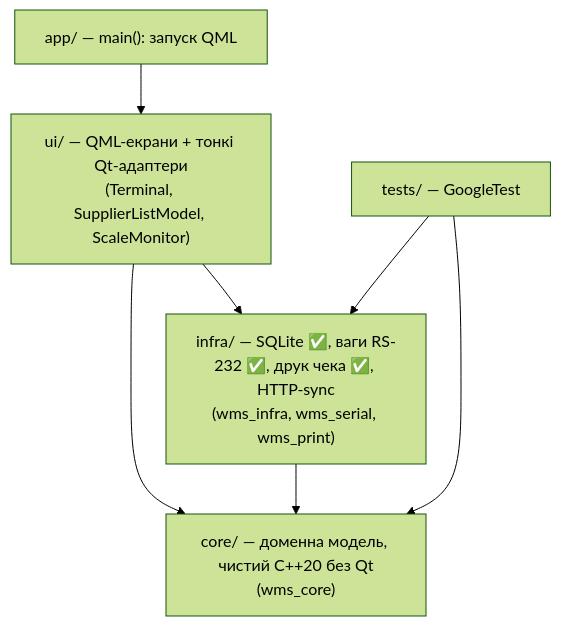
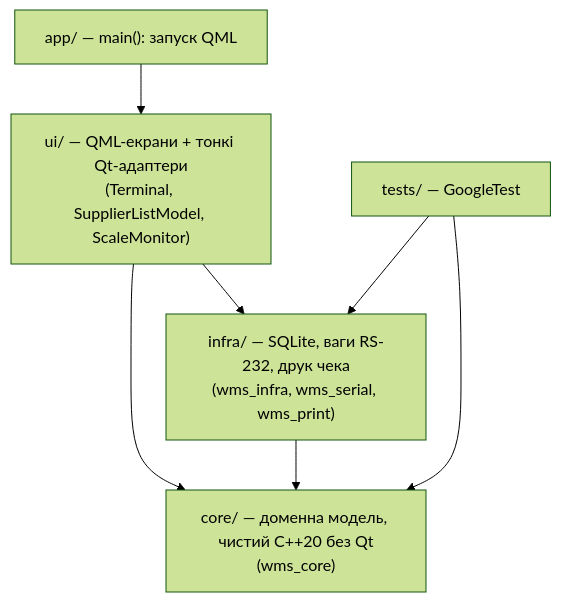
The diagram in README.md (IsNazarii/Berry-WMS-Terminal), drawn with Mermaid (forest theme) before and after one commit. The commit also changed other lines of this file and 14 other files, not shown here.

````diff
--- a/README.md
+++ b/README.md
@@ -133,14 +204,14 @@
 ```mermaid
 flowchart TD
+    APP["app/ — main(): запуск QML"]
     UI["ui/ — QML-екрани + тонкі Qt-адаптери<br/>(Terminal, SupplierListModel, ScaleMonitor)"]
-    INFRA["infra/ — SQLite ✅, ваги RS-232 ✅, друк чека ✅, HTTP-sync<br/>(wms_infra, wms_serial, wms_print)"]
+    INFRA["infra/ — SQLite, ваги RS-232, друк чека<br/>(wms_infra, wms_serial, wms_print)"]
     CORE["core/ — доменна модель, чистий C++20 без Qt<br/>(wms_core)"]
-    APP["app/ — main(): запуск QML"]
     TESTS["tests/ — GoogleTest"]
     APP --> UI
     UI --> INFRA
     UI --> CORE
     INFRA --> CORE
     TESTS --> CORE
     TESTS --> INFRA
 ```
````
